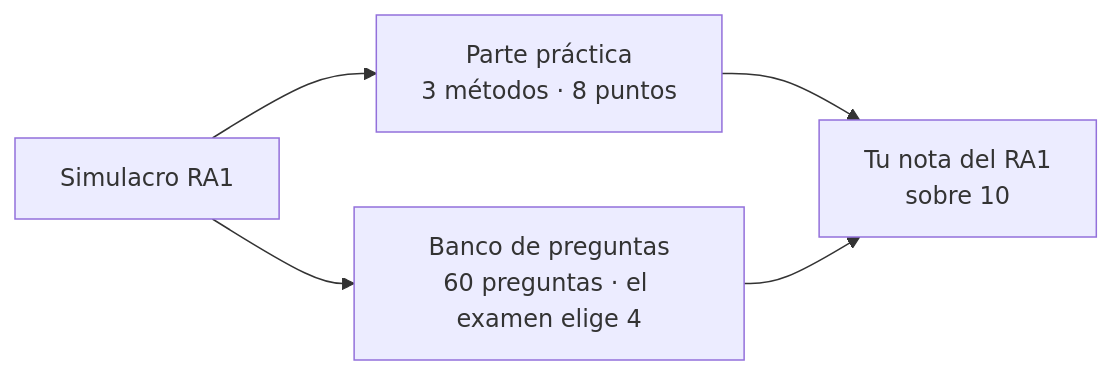
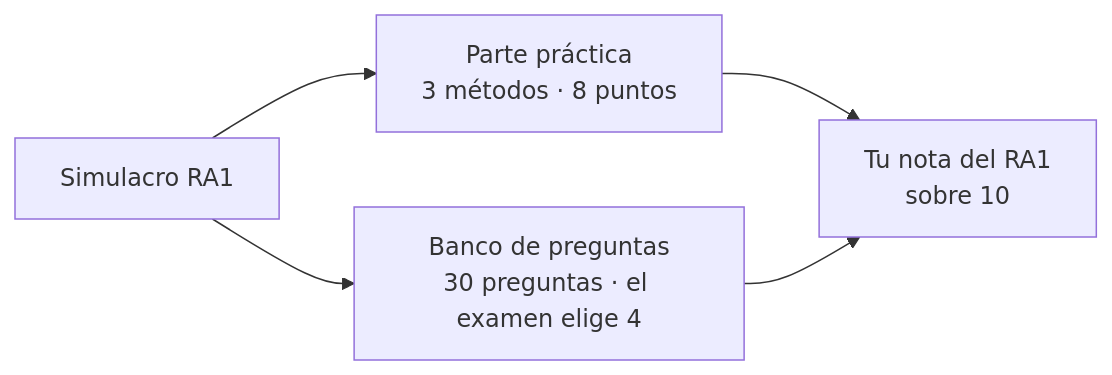
Before and after one commit to campusdevfp/sost2627: the third of 3 diagrams in docs/ut1/index.md, drawn with Mermaid. The commit also changed other lines of this file and 11 other files, not shown here.

````diff
--- a/docs/ut1/index.md
+++ b/docs/ut1/index.md
@@ -318,7 +318,7 @@
 ```mermaid
 flowchart LR
     S["Simulacro RA1"] --> P["Parte práctica<br/>3 métodos · 8 puntos"]
-    S --> T["Banco de preguntas<br/>60 preguntas · el examen elige 4"]
+    S --> T["Banco de preguntas<br/>30 preguntas · el examen elige 4"]
     P --> N["Tu nota del RA1<br/>sobre 10"]
     T --> N
 ```
````
